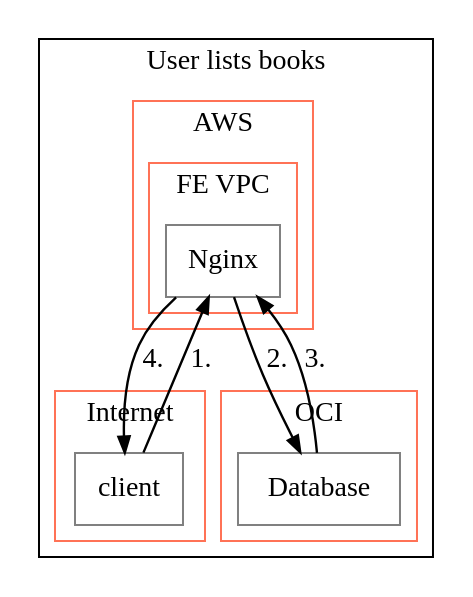
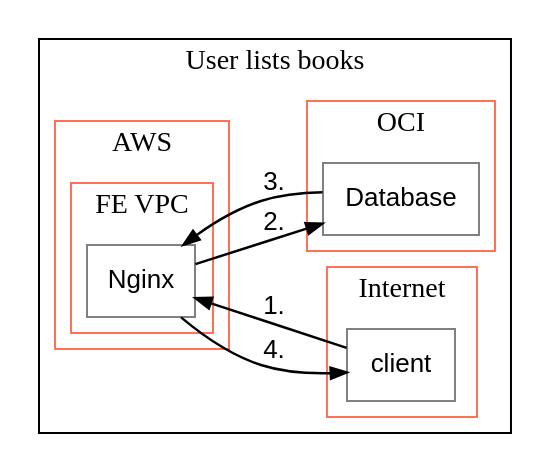
One commit to hyakuhei/ltm changed the diagram in examples/output/User lists books.dot. Above: the diagram before and after it, drawn with Graphviz. The commit also changed 9 other files, not shown here.

```diff
--- a/examples/output/User lists books.dot
+++ b/examples/output/User lists books.dot
@@ -1,30 +1,31 @@
 digraph G {
 compound=true;
+rankdir="LR"
     subgraph cluster1 {
     label="User lists books";
     color="Black";
         subgraph cluster2 {
         label="AWS";
         color="Coral1";
             subgraph cluster3 {
             label="FE VPC";
             color="Coral1";
-                node4 [label="Nginx" shape="box", margin="0.1", color="Grey"];
+                node4 [label="Nginx" shape="box", margin="0.1", color="Grey", fontsize="13", fontname="Helvetica"];
             }
         }
         subgraph cluster5 {
         label="Internet";
         color="Coral1";
-            node6 [label="client" shape="box", margin="0.1", color="Grey"];
+            node6 [label="client" shape="box", margin="0.1", color="Grey", fontsize="13", fontname="Helvetica"];
         }
         subgraph cluster7 {
         label="OCI";
         color="Coral1";
-            node8 [label="Database" shape="box", margin="0.1", color="Grey"];
+            node8 [label="Database" shape="box", margin="0.1", color="Grey", fontsize="13", fontname="Helvetica"];
         }
     }
-node6->node4 [label="1." fontsize="14",penwidth="1.2",arrowsize="0.8"];
-node4->node8 [label="2." fontsize="14",penwidth="1.2",arrowsize="0.8"];
-node8->node4 [label="3." fontsize="14",penwidth="1.2",arrowsize="0.8"];
-node4->node6 [label="4." fontsize="14",penwidth="1.2",arrowsize="0.8"];
+node6->node4 [label="1." fontsize="13", penwidth="1.2", arrowsize="0.8", fontname="Helvetica"];
+node4->node8 [label="2." fontsize="13", penwidth="1.2", arrowsize="0.8", fontname="Helvetica"];
+node8->node4 [label="3." fontsize="13", penwidth="1.2", arrowsize="0.8", fontname="Helvetica"];
+node4->node6 [label="4." fontsize="13", penwidth="1.2", arrowsize="0.8", fontname="Helvetica"];
 }
```
